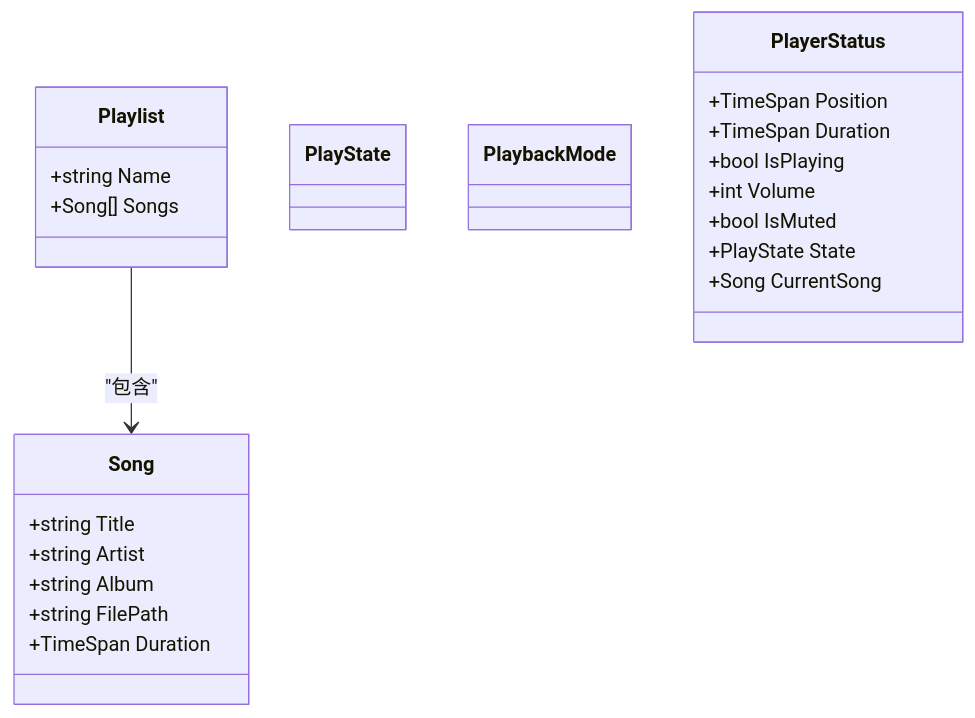
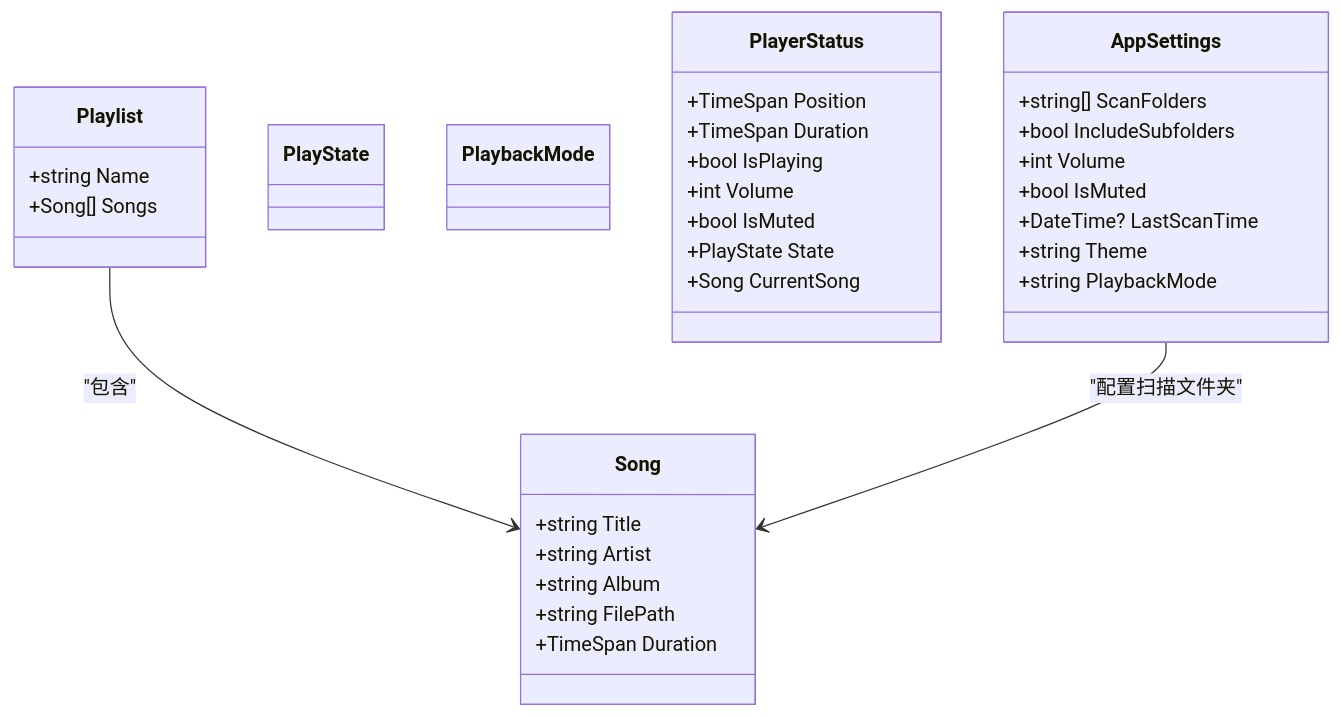
Diagram 12 of 12 in .qoder/repowiki/zh/content/核心服务层/核心服务层.md (mariamjensen42-glitch/LocalMusicPlayer), drawn with Mermaid before and after one commit. The commit also changed other lines of this file and 14 other files, not shown here.

````diff
--- a/.qoder/repowiki/zh/content/核心服务层/核心服务层.md
+++ b/.qoder/repowiki/zh/content/核心服务层/核心服务层.md
@@ -421,28 +552,38 @@
 ```mermaid
 classDiagram
 class Song {
 +string Title
 +string Artist
 +string Album
 +string FilePath
 +TimeSpan Duration
 }
 class Playlist {
 +string Name
 +Song[] Songs
 }
 class PlayState {
 }
 class PlaybackMode {
 }
 class PlayerStatus {
 +TimeSpan Position
 +TimeSpan Duration
 +bool IsPlaying
 +int Volume
 +bool IsMuted
 +PlayState State
 +Song CurrentSong
 }
+class AppSettings {
++string[] ScanFolders
++bool IncludeSubfolders
++int Volume
++bool IsMuted
++DateTime? LastScanTime
++string Theme
++string PlaybackMode
+}
 Playlist --> Song : "包含"
+AppSettings --> Song : "配置扫描文件夹"
 ```
````
